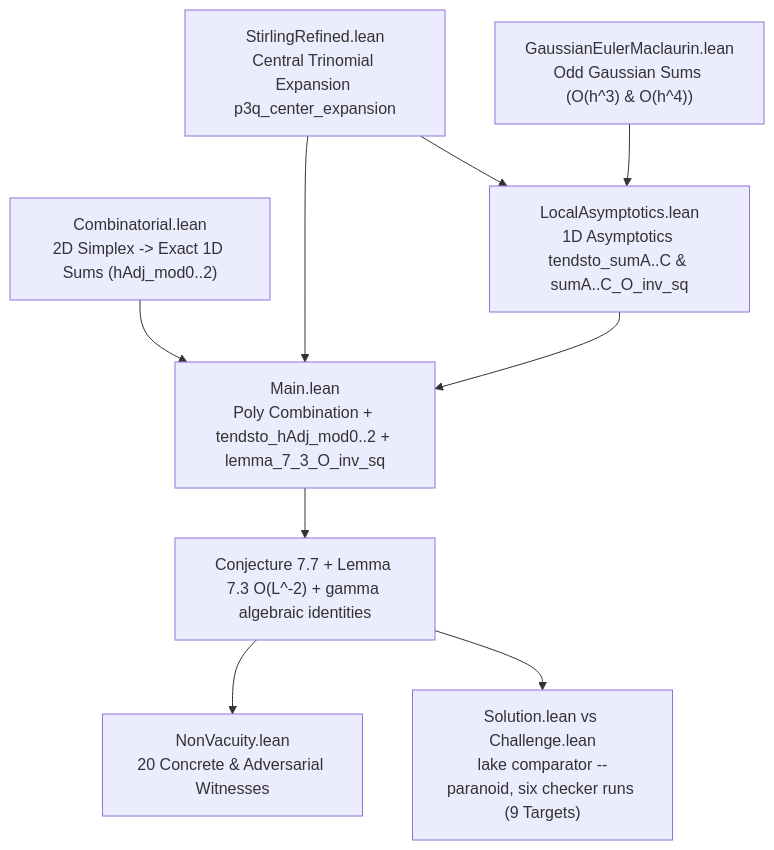
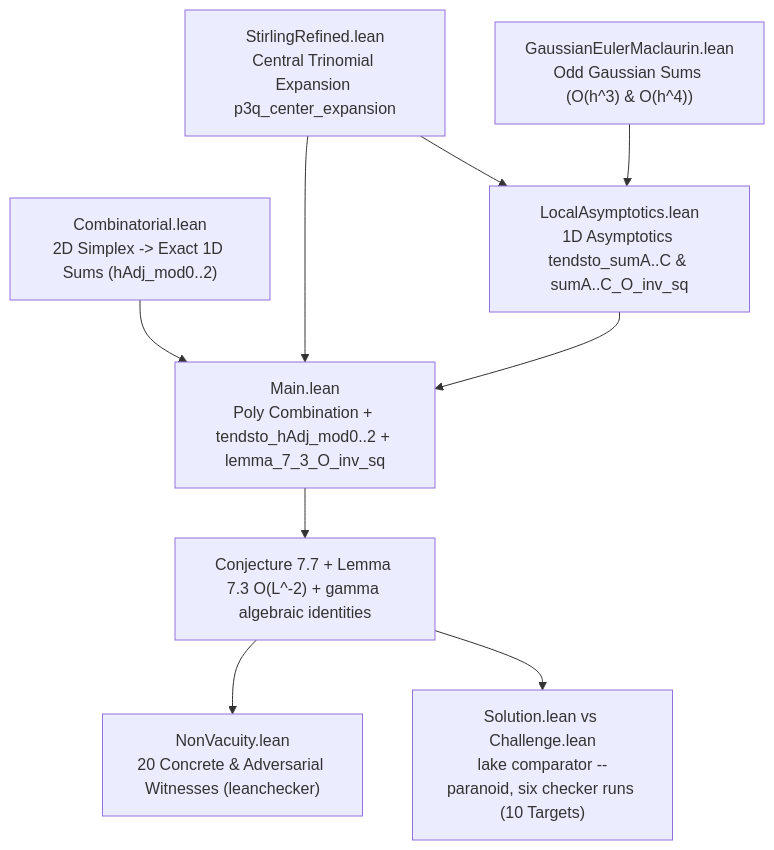
Before and after one commit to 0thernes/multinomial-tv-conjecture: the diagram in docs/architecture.md, drawn with Mermaid. The commit also changed other lines of this file and 55 other files, not shown here.

Commit message:
release: v2.6.0 — literal Part 2 §7.2 Target 10, leanchecker NonVacuity replay, Crossref updated-by/title checks & non-inflated B44 audit

````diff
--- a/docs/architecture.md
+++ b/docs/architecture.md
@@ -7,11 +7,11 @@
 ```mermaid
 flowchart TD
     A["Combinatorial.lean<br/>2D Simplex -> Exact 1D Sums (hAdj_mod0..2)"] --> E["Main.lean<br/>Poly Combination + tendsto_hAdj_mod0..2 + lemma_7_3_O_inv_sq"]
     B["StirlingRefined.lean<br/>Central Trinomial Expansion p3q_center_expansion"] --> E
     C["GaussianEulerMaclaurin.lean<br/>Odd Gaussian Sums (O(h^3) & O(h^4))"] --> D["LocalAsymptotics.lean<br/>1D Asymptotics tendsto_sumA..C & sumA..C_O_inv_sq"]
     B --> D
     D --> E
     E --> F["Conjecture 7.7 + Lemma 7.3 O(L^-2) + gamma algebraic identities"]
-    F --> G["NonVacuity.lean<br/>20 Concrete & Adversarial Witnesses"]
-    F --> H["Solution.lean vs Challenge.lean<br/>lake comparator --paranoid, six checker runs (9 Targets)"]
+    F --> G["NonVacuity.lean<br/>20 Concrete & Adversarial Witnesses (leanchecker)"]
+    F --> H["Solution.lean vs Challenge.lean<br/>lake comparator --paranoid, six checker runs (10 Targets)"]
 ```
````
